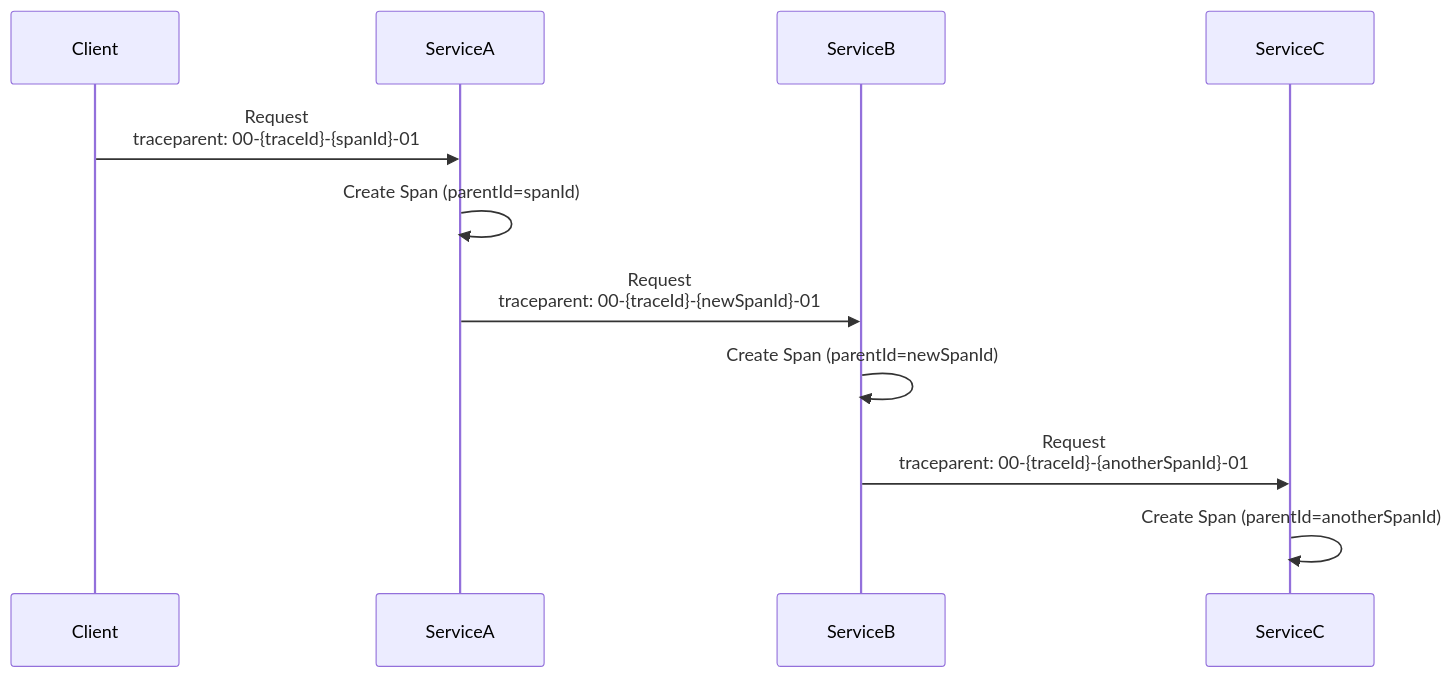
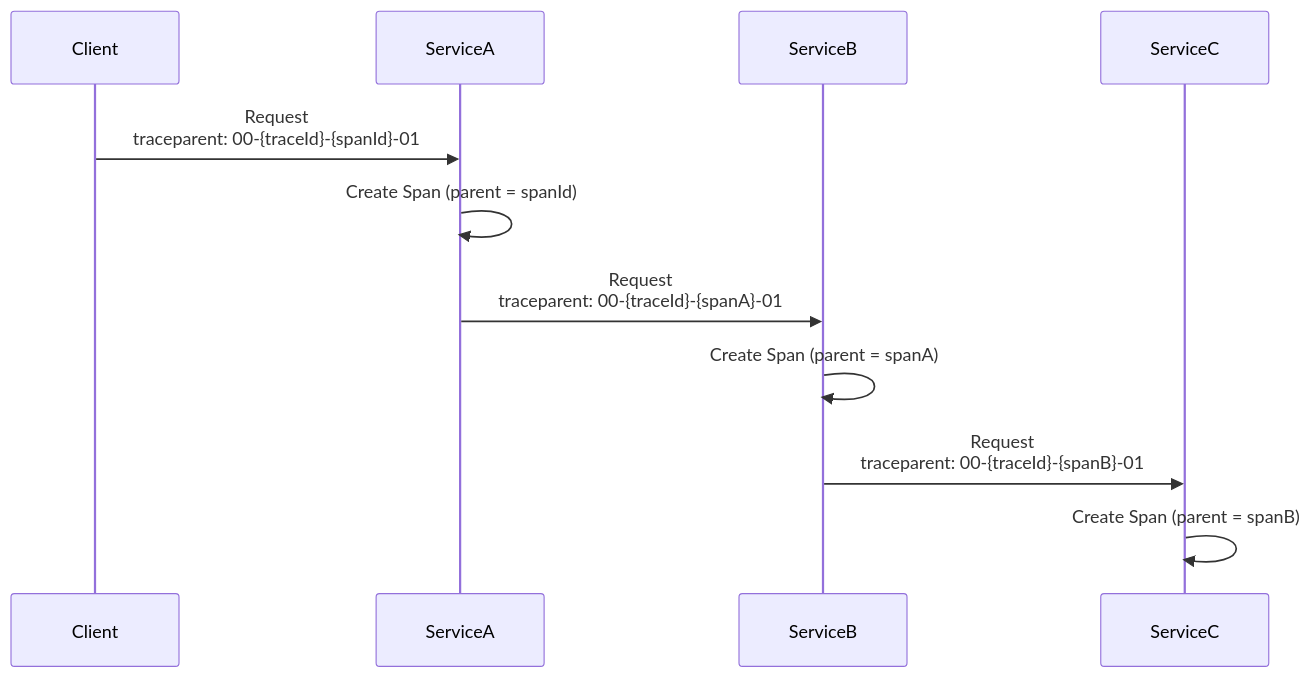
Before and after one commit to chihhung/Blog: the tenth of 19 diagrams in content/posts/教學/工具/OpenTelemetry教學手冊.md, drawn with Mermaid. The commit also changed other lines of this file and 8 other files, not shown here.

````diff
--- a/content/posts/教學/工具/OpenTelemetry教學手冊.md
+++ b/content/posts/教學/工具/OpenTelemetry教學手冊.md
@@ -1442,14 +2660,14 @@
 ```mermaid
 sequenceDiagram
     participant Client
     participant ServiceA
     participant ServiceB
     participant ServiceC
-    
+
     Client->>ServiceA: Request<br/>traceparent: 00-{traceId}-{spanId}-01
-    ServiceA->>ServiceA: Create Span (parentId=spanId)
-    ServiceA->>ServiceB: Request<br/>traceparent: 00-{traceId}-{newSpanId}-01
-    ServiceB->>ServiceB: Create Span (parentId=newSpanId)
-    ServiceB->>ServiceC: Request<br/>traceparent: 00-{traceId}-{anotherSpanId}-01
-    ServiceC->>ServiceC: Create Span (parentId=anotherSpanId)
+    ServiceA->>ServiceA: Create Span (parent = spanId)
+    ServiceA->>ServiceB: Request<br/>traceparent: 00-{traceId}-{spanA}-01
+    ServiceB->>ServiceB: Create Span (parent = spanA)
+    ServiceB->>ServiceC: Request<br/>traceparent: 00-{traceId}-{spanB}-01
+    ServiceC->>ServiceC: Create Span (parent = spanB)
 ```
````
